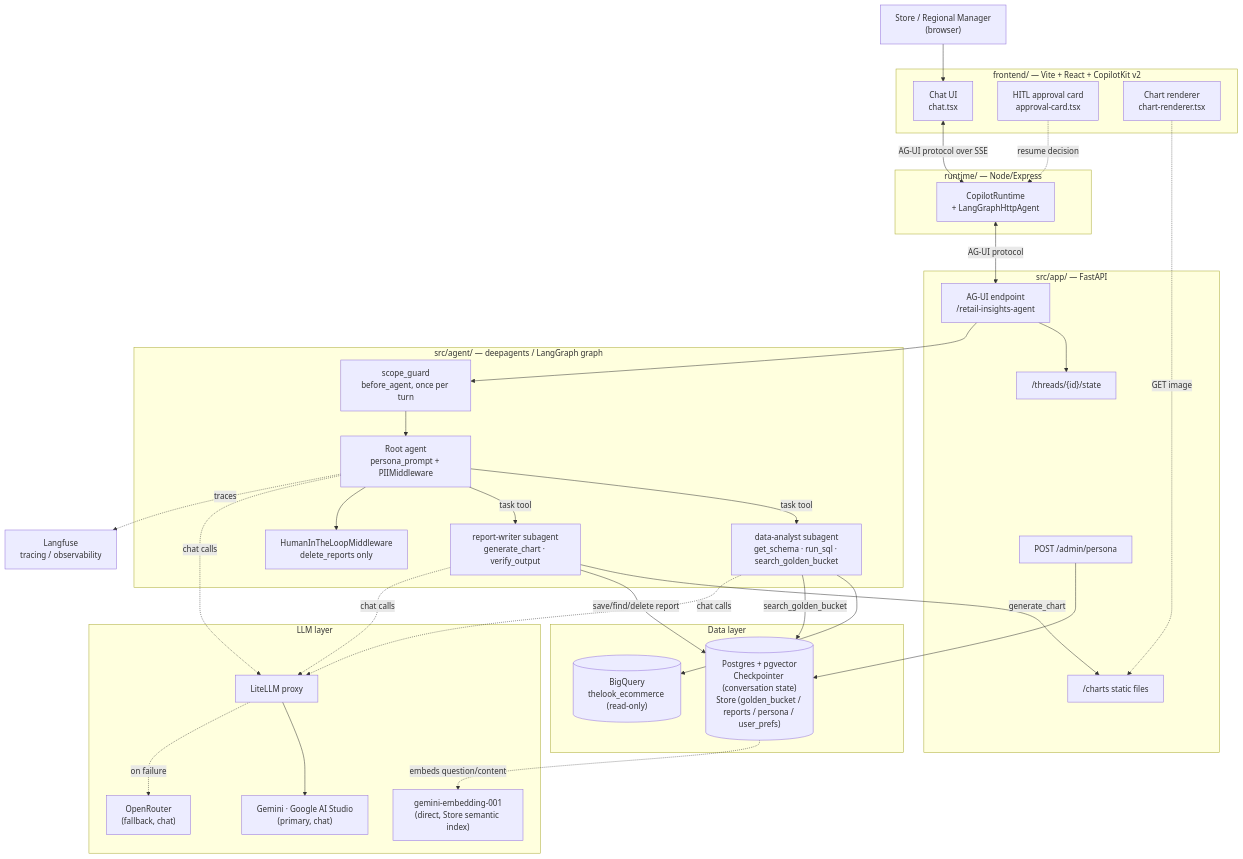
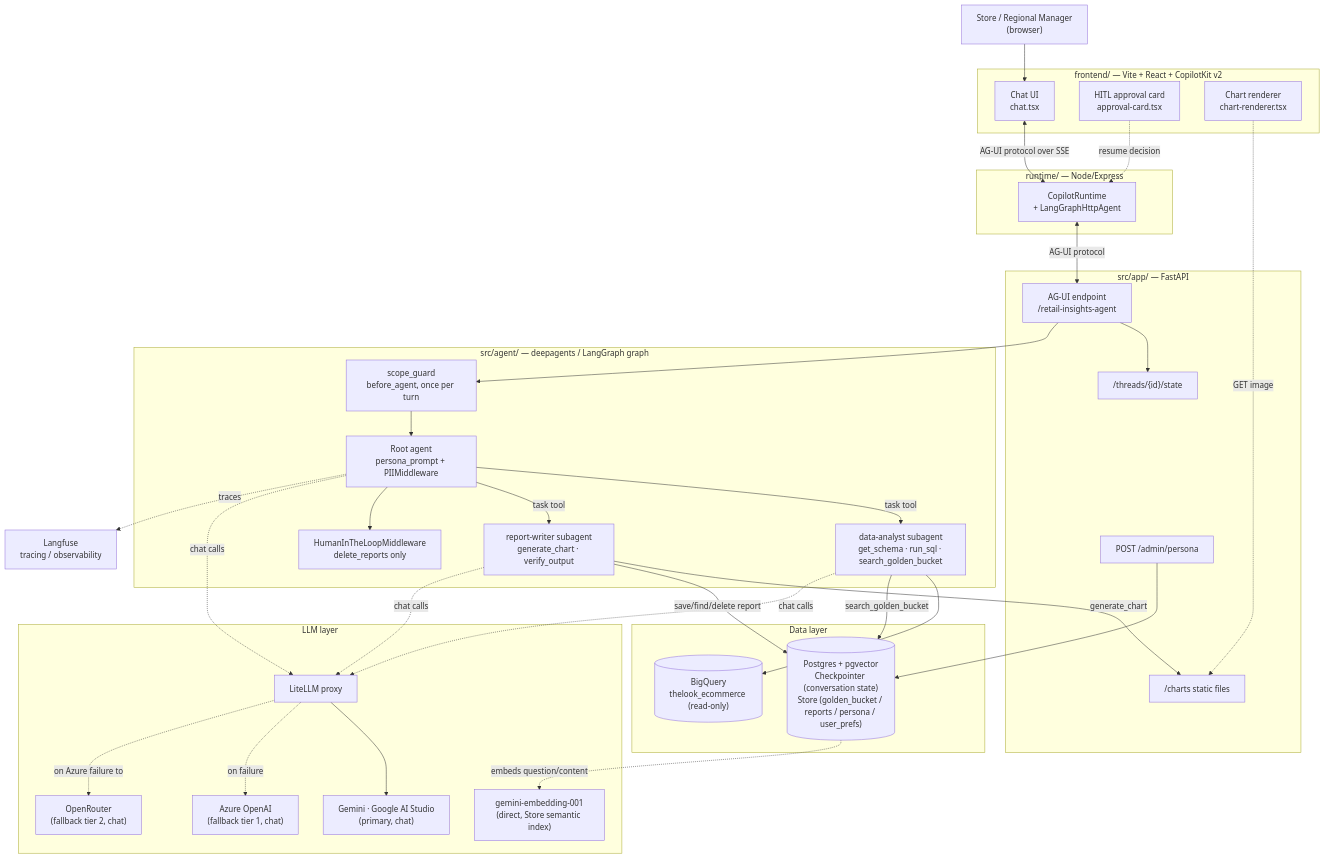
Before and after one commit to mpilioun/opsfleet-assignment: the diagram in docs/HLD.md, drawn with Mermaid. The commit also changed other lines of this file and 8 other files, not shown here.

````diff
--- a/docs/HLD.md
+++ b/docs/HLD.md
@@ -26,66 +26,68 @@
 ```mermaid
 flowchart TB
     User["Store / Regional Manager<br/>(browser)"]
 
     subgraph FE["frontend/ — Vite + React + CopilotKit v2"]
         UI["Chat UI<br/>chat.tsx"]
         Interrupt["HITL approval card<br/>approval-card.tsx"]
         Chart["Chart renderer<br/>chart-renderer.tsx"]
     end
 
     subgraph RT["runtime/ — Node/Express"]
         Runtime["CopilotRuntime<br/>+ LangGraphHttpAgent"]
     end
 
     subgraph BE["src/app/ — FastAPI"]
         AGUI["AG-UI endpoint<br/>/retail-insights-agent"]
         ThreadState["/threads/{id}/state"]
         Admin["POST /admin/persona"]
         Static["/charts static files"]
     end
 
     subgraph Agent["src/agent/ — deepagents / LangGraph graph"]
         Guard["scope_guard<br/>before_agent, once per turn"]
         Root["Root agent<br/>persona_prompt + PIIMiddleware"]
         HITL["HumanInTheLoopMiddleware<br/>delete_reports only"]
         Analyst["data-analyst subagent<br/>get_schema · run_sql · search_golden_bucket"]
         Writer["report-writer subagent<br/>generate_chart · verify_output"]
     end
 
     subgraph Data["Data layer"]
         BQ[("BigQuery<br/>thelook_ecommerce (read-only)")]
         PG[("Postgres + pgvector<br/>Checkpointer (conversation state)<br/>Store (golden_bucket / reports / persona / user_prefs)")]
     end
 
     subgraph LLMs["LLM layer"]
         LiteLLM["LiteLLM proxy"]
         Gemini["Gemini · Google AI Studio<br/>(primary, chat)"]
-        OpenRouter["OpenRouter<br/>(fallback, chat)"]
+        Azure["Azure OpenAI<br/>(fallback tier 1, chat)"]
+        OpenRouter["OpenRouter<br/>(fallback tier 2, chat)"]
         Embed["gemini-embedding-001<br/>(direct, Store semantic index)"]
     end
 
     Langfuse["Langfuse<br/>tracing / observability"]
 
     User --> UI
     UI <-->|AG-UI protocol over SSE| Runtime
     Interrupt -.resume decision.-> Runtime
     Chart -.GET image.-> Static
     Runtime <-->|AG-UI protocol| AGUI
     AGUI --> ThreadState
     AGUI --> Guard --> Root
     Root -->|task tool| Analyst
     Root -->|task tool| Writer
     Root --> HITL
     Analyst --> BQ
     Analyst -->|search_golden_bucket| PG
     Writer -->|generate_chart| Static
     Writer -->|save/find/delete report| PG
     Root -.chat calls.-> LiteLLM
     Analyst -.chat calls.-> LiteLLM
     Writer -.chat calls.-> LiteLLM
     LiteLLM --> Gemini
-    LiteLLM -.on failure.-> OpenRouter
+    LiteLLM -.on failure.-> Azure
+    LiteLLM -.on Azure failure too.-> OpenRouter
     PG -.embeds question/content.-> Embed
     Admin --> PG
     Root -.traces.-> Langfuse
 ```
````
